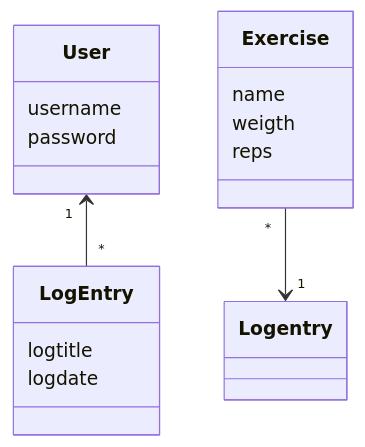
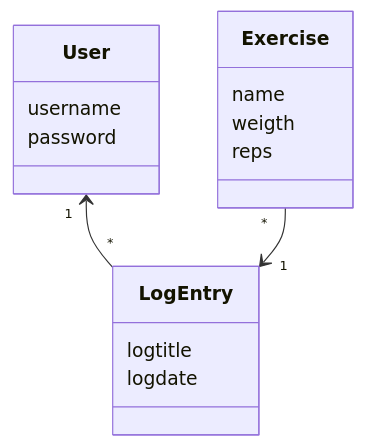
The diagram in dokumentaatio/arkkitehtuuri.md (brotholi/ot-harjoitustyo), drawn with Mermaid before and after one commit.

````diff
--- a/dokumentaatio/arkkitehtuuri.md
+++ b/dokumentaatio/arkkitehtuuri.md
@@ -1,18 +1,18 @@
 ```mermaid
  classDiagram
       User "1" <-- "*" LogEntry
-      Exercise "*" --> "1" Logentry
+      Exercise "*" --> "1" LogEntry
       class User{
           username
           password
       }
       class LogEntry{
           logtitle
           logdate
       }
       class Exercise{
           name
           weigth
           reps
       }
 ```
````
